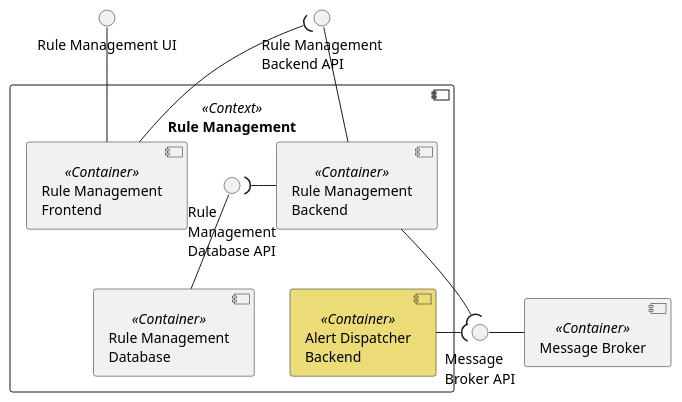
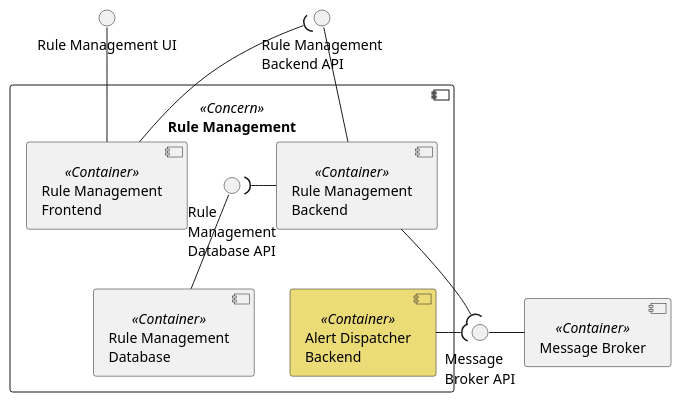
Before and after one commit to FilipeMCruz/dissertation: the diagram in assets/diagrams/design/architectural/level2/logical/rule-management-context.pu, drawn with PlantUML. The commit also changed 264 other files, not shown here.

```diff
--- a/assets/diagrams/design/architectural/level2/logical/rule-management-context.pu
+++ b/assets/diagrams/design/architectural/level2/logical/rule-management-context.pu
@@ -1,33 +1,33 @@
 @startuml rule-management-context
 
 interface "Rule Management UI" as FRONT_API
 interface "Rule Management\nBackend API" as BACK_API
 
-component "Rule Management" <<Context>> {
+component "Rule Management" <<Concern>> {
     component "Rule Management\nBackend" <<Container>> as BACK
     component "Rule Management\nFrontend" <<Container>> as FRONT
     component "Rule Management\nDatabase" <<Container>> as DB
 
     interface "Rule\nManagement\nDatabase API" as DB_API
 
     DB_API -- DB
     FRONT_API -- FRONT
     BACK_API -- BACK
     DB_API )- BACK
     FRONT --( BACK_API
 
     component "Alert Dispatcher\nBackend" <<Container>> as FLOW #ebdc78
 }
 
 component "Message Broker" <<Container>> as MB
 interface "Message\nBroker API" as MB_API
 
 MB_API - MB
 
 BACK --( MB_API
 
 FLOW -( MB_API
 
 DB -[hidden] FLOW
 
 @enduml
```
